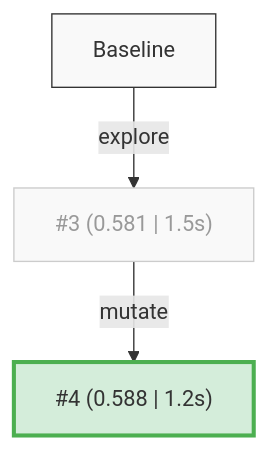
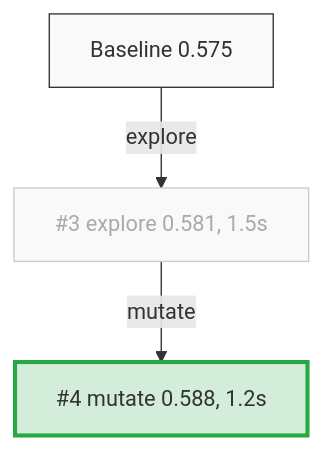
One commit to kaiwong-sapiens/gh-evolve changed the second of 2 diagrams in skills/evolve/SKILL.md. Above: the diagram before and after it, drawn with Mermaid. The commit also changed other lines of this file, not shown here.

First line of the commit message:
fix: add Mermaid syntax rules to prevent Search Graph rendering failures

````diff
--- a/skills/evolve/SKILL.md
+++ b/skills/evolve/SKILL.md
@@ -243,12 +252,12 @@
 ```mermaid
 graph TD
-  Baseline["Baseline"]
-  PR3["#3 (0.581 | 1.5s)"]:::pruned
-  PR4["#4 (0.588 | 1.2s)"]:::champion
+  Baseline["Baseline 0.575"]
+  PR3["#3 explore 0.581, 1.5s"]:::pruned
+  PR4["#4 mutate 0.588, 1.2s"]:::champion
   Baseline -- explore --> PR3
   PR3 -- mutate --> PR4
 
-  classDef default fill:#f9f9f9,stroke:#333,stroke-width:1px;
-  classDef champion fill:#d4edda,stroke:#4caf50,stroke-width:3px;
-  classDef pruned fill:#f9f9f9,stroke:#ccc,stroke-width:1px,color:#999;
+  classDef default fill:#f9f9f9,stroke:#333,stroke-width:1px,color:#333;
+  classDef champion fill:#d4edda,stroke:#28a745,stroke-width:3px,color:#333;
+  classDef pruned fill:#f9f9f9,stroke:#ccc,stroke-width:1px,color:#aaa;
 ```
````
